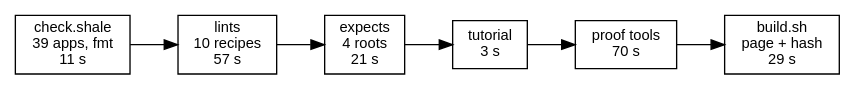
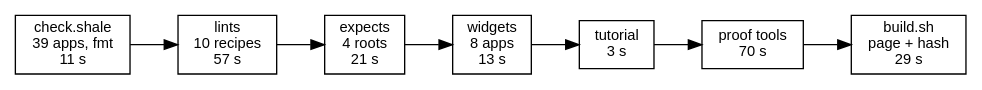
One commit to showell/essay-repl-server changed the diagram in notes/safari-gates.md. Above: the diagram before and after it, drawn with Graphviz. The commit also changed other lines of this file, not shown here.

Commit message:
safari gates: the widgets part

````diff
--- a/notes/safari-gates.md
+++ b/notes/safari-gates.md
@@ -15,14 +15,15 @@
 ```dot
 digraph gates {
   rankdir=LR;
   node [shape=box, fontname="Helvetica", fontsize=11];
   edge [fontname="Helvetica", fontsize=10];
   check [label="check.shale\n39 apps, fmt\n11 s"];
   lints [label="lints\n10 recipes\n57 s"];
   expects [label="expects\n4 roots\n21 s"];
+  widgets [label="widgets\n8 apps\n13 s"];
   tutorial [label="tutorial\n3 s"];
   proof [label="proof tools\n70 s"];
   page [label="build.sh\npage + hash\n29 s"];
-  check -> lints -> expects -> tutorial -> proof -> page;
+  check -> lints -> expects -> widgets -> tutorial -> proof -> page;
 }
 ```
````
